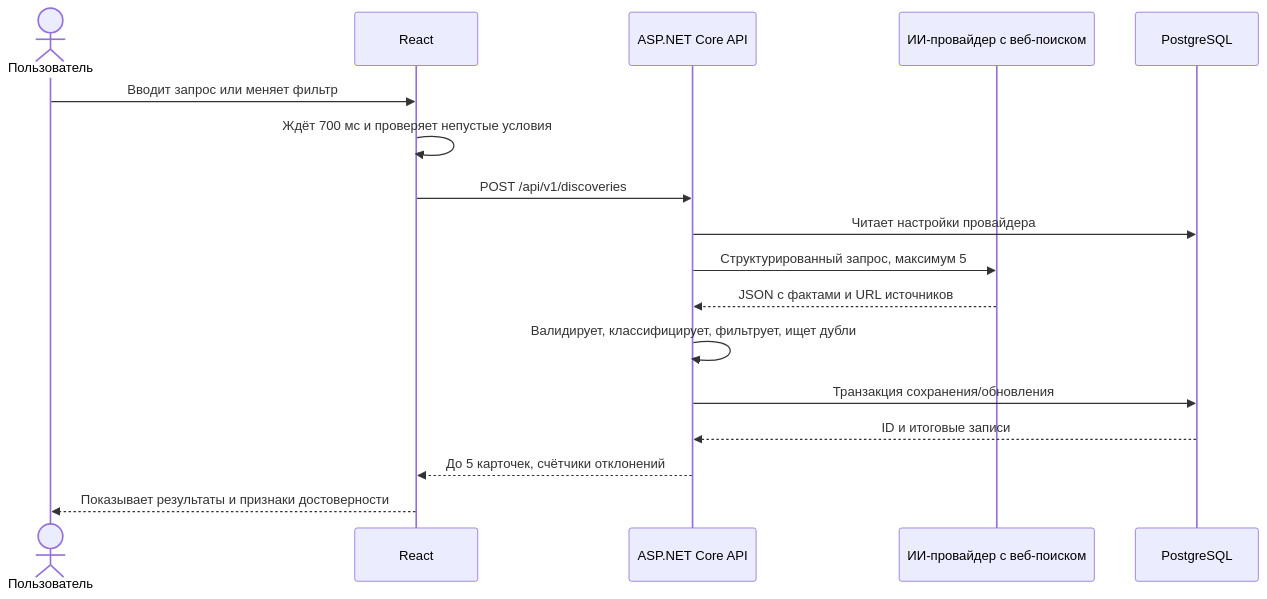
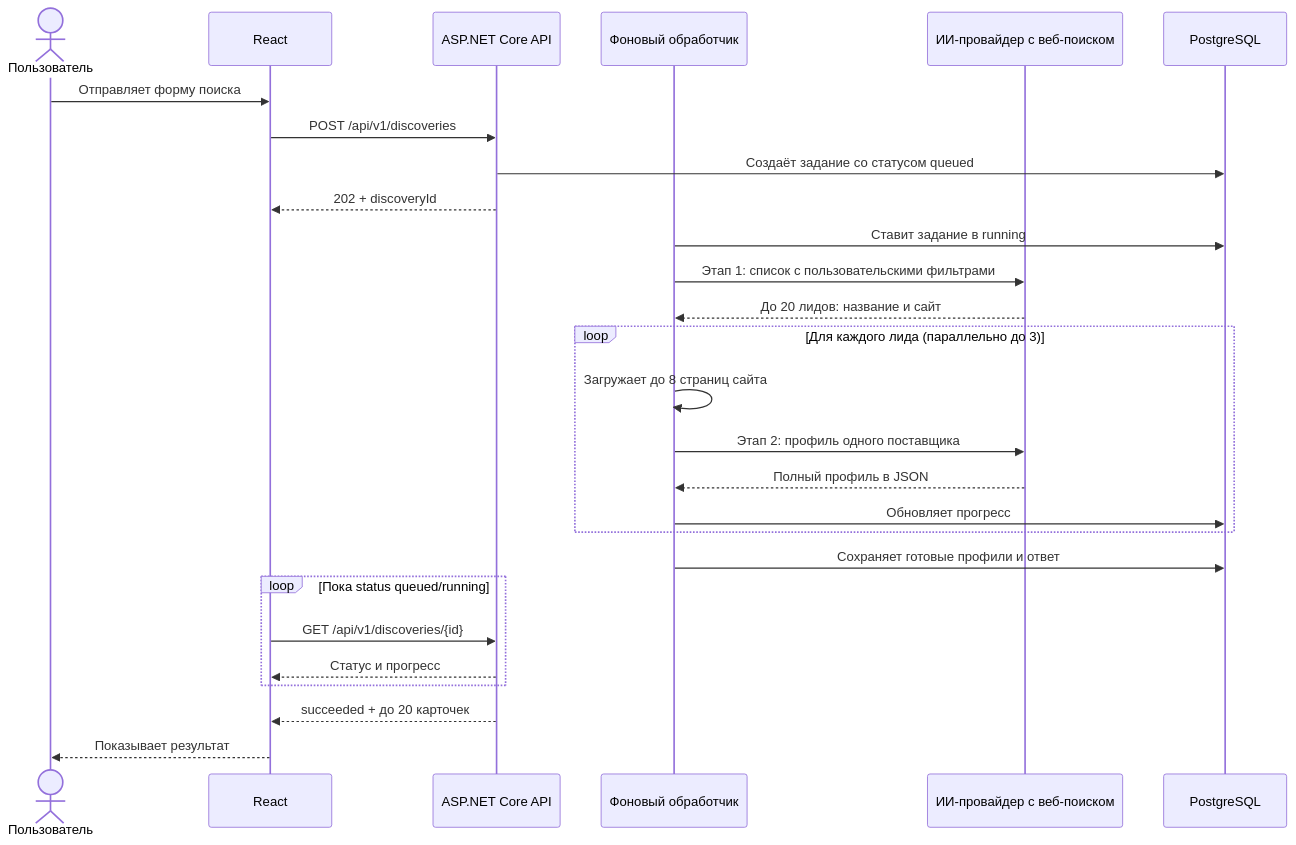
One commit to SashaPerekhrest/Goulash2 changed the second of 5 diagrams in docs/application-flow.md. Above: the diagram before and after it, drawn with Mermaid. The commit also changed other lines of this file and 58 other files, not shown here.

````diff
--- a/docs/application-flow.md
+++ b/docs/application-flow.md
@@ -32,19 +32,29 @@
 ```mermaid
 sequenceDiagram
     actor U as Пользователь
     participant F as React
     participant A as ASP.NET Core API
+    participant W as Фоновый обработчик
     participant P as ИИ-провайдер с веб-поиском
     participant DB as PostgreSQL
-    U->>F: Вводит запрос или меняет фильтр
-    F->>F: Ждёт 700 мс и проверяет непустые условия
+    U->>F: Отправляет форму поиска
     F->>A: POST /api/v1/discoveries
-    A->>DB: Читает настройки провайдера
-    A->>P: Структурированный запрос, максимум 5
-    P-->>A: JSON с фактами и URL источников
-    A->>A: Валидирует, классифицирует, фильтрует, ищет дубли
-    A->>DB: Транзакция сохранения/обновления
-    DB-->>A: ID и итоговые записи
-    A-->>F: До 5 карточек, счётчики отклонений
-    F-->>U: Показывает результаты и признаки достоверности
+    A->>DB: Создаёт задание со статусом queued
+    A-->>F: 202 + discoveryId
+    W->>DB: Ставит задание в running
+    W->>P: Этап 1: список с пользовательскими фильтрами
+    P-->>W: До 20 лидов: название и сайт
+    loop Для каждого лида (параллельно до 3)
+        W->>W: Загружает до 8 страниц сайта
+        W->>P: Этап 2: профиль одного поставщика
+        P-->>W: Полный профиль в JSON
+        W->>DB: Обновляет прогресс
+    end
+    W->>DB: Сохраняет готовые профили и ответ
+    loop Пока status queued/running
+        F->>A: GET /api/v1/discoveries/{id}
+        A-->>F: Статус и прогресс
+    end
+    A-->>F: succeeded + до 20 карточек
+    F-->>U: Показывает результат
 ```
````
